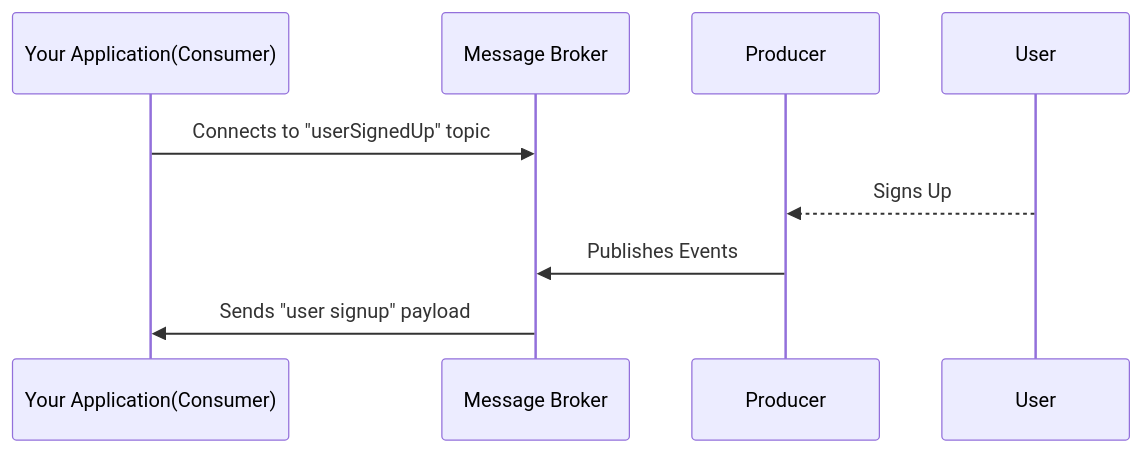
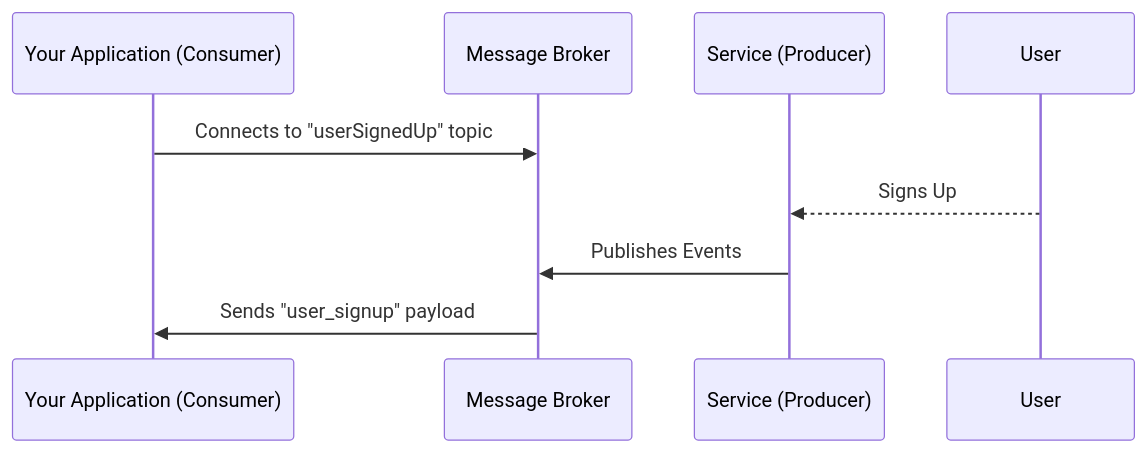
Before and after one commit to asyncapi/website: the diagram in pages/docs/tutorials/kafka/index.md, drawn with Mermaid. The commit also changed other lines of this file, not shown here.

Commit message:
bug fixes

````diff
--- a/pages/docs/tutorials/kafka/index.md
+++ b/pages/docs/tutorials/kafka/index.md
@@ -15,11 +15,11 @@
 ```mermaid
 sequenceDiagram
-    participant Your Application(Consumer)
+    participant Your Application (Consumer)
     participant Message Broker
-    participant Producer
+    participant Service (Producer)
     participant User
-    Your Application(Consumer)->> Message Broker: Connects to "userSignedUp" topic
-    User-->> Producer: Signs Up
-    Producer->> Message Broker: Publishes Events
-    Message Broker->> Your Application(Consumer): Sends "user signup" payload
+    Your Application (Consumer)->> Message Broker: Connects to "userSignedUp" topic
+    User-->> Service (Producer): Signs Up
+    Service (Producer)->> Message Broker: Publishes Events
+    Message Broker->> Your Application (Consumer): Sends "user_signup" payload
 ```    
````
